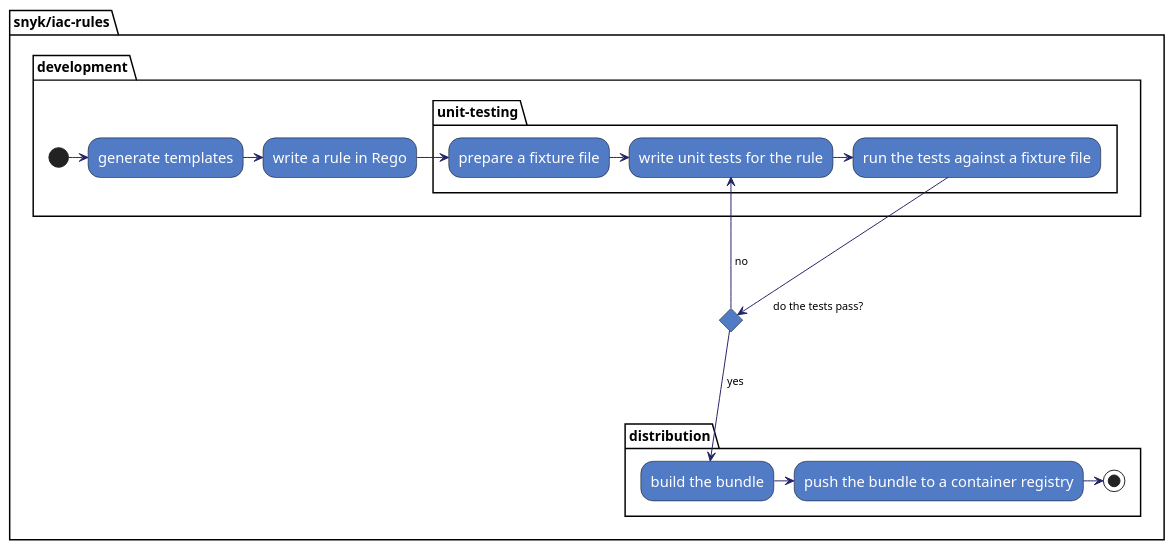
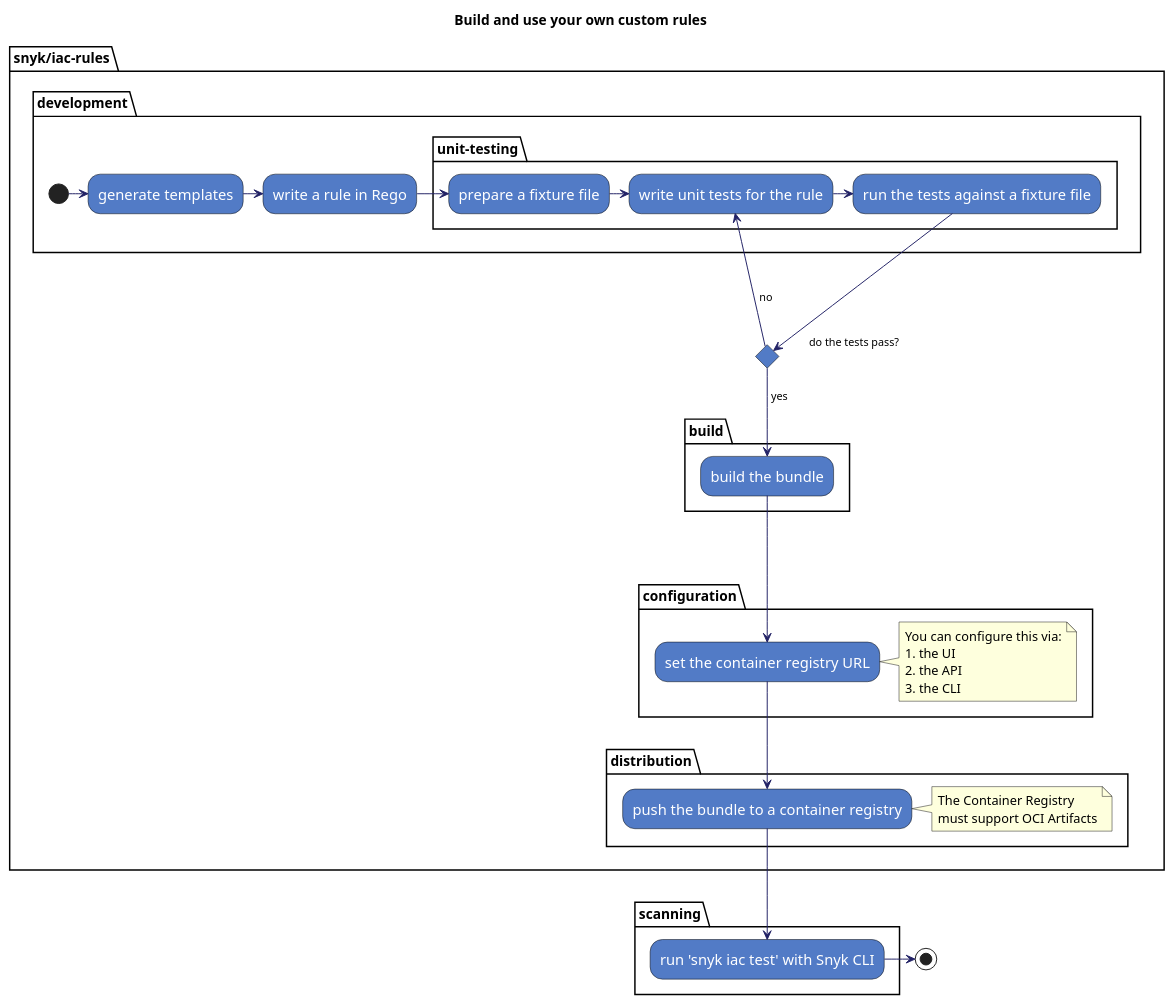
The diagram in assets/overview-activtiy-horizontal.puml (snyk/snyk-iac-rules), drawn with PlantUML before and after one commit.

Commit message:
docs: Update e2e flow diagram

```diff
--- a/assets/overview-activtiy-horizontal.puml
+++ b/assets/overview-activtiy-horizontal.puml
@@ -1,33 +1,52 @@
 @startuml
 skinparam activity {
     FontColor          white
     AttributeFontColor white
     FontSize           15
     AttributeFontSize  15
     AttributeFontname  Corbel
     BackgroundColor    #527BC6
     BorderColor        black
     ArrowColor         #222266
 }
+title Build and use your own custom rules
 
 partition snyk/iac-rules {
     partition development {
         (*) -r> "generate templates"
         -r>"write a rule in Rego"
         partition unit-testing {
               -r> "prepare a fixture file"
               -r> "write unit tests for the rule"
               -r> "run the tests against a fixture file"
         }
     }
     ---> if "        do the tests pass?" then
+     partition build {
+        -->[ yes] "build the bundle"
+     }
+    partition configuration {
+        ---> set the container registry URL
+        note right
+            You can configure this via:
+            1. the UI
+            2. the API
+            3. the CLI
+        end note
+    }
     partition distribution {
-        --->[ yes] "build the bundle"
-        -r> "push the bundle to a container registry"
-        -r> (*)
+        -d> "push the bundle to a container registry"
+        note right
+            The Container Registry
+            must support OCI Artifacts
+        end note
     }
+}
+partition scanning {
+    --> run 'snyk iac test' with Snyk CLI
+}
+    -r> (*)
     else
         endif
     --> [ no] "write unit tests for the rule"
-}
 @enduml
```
